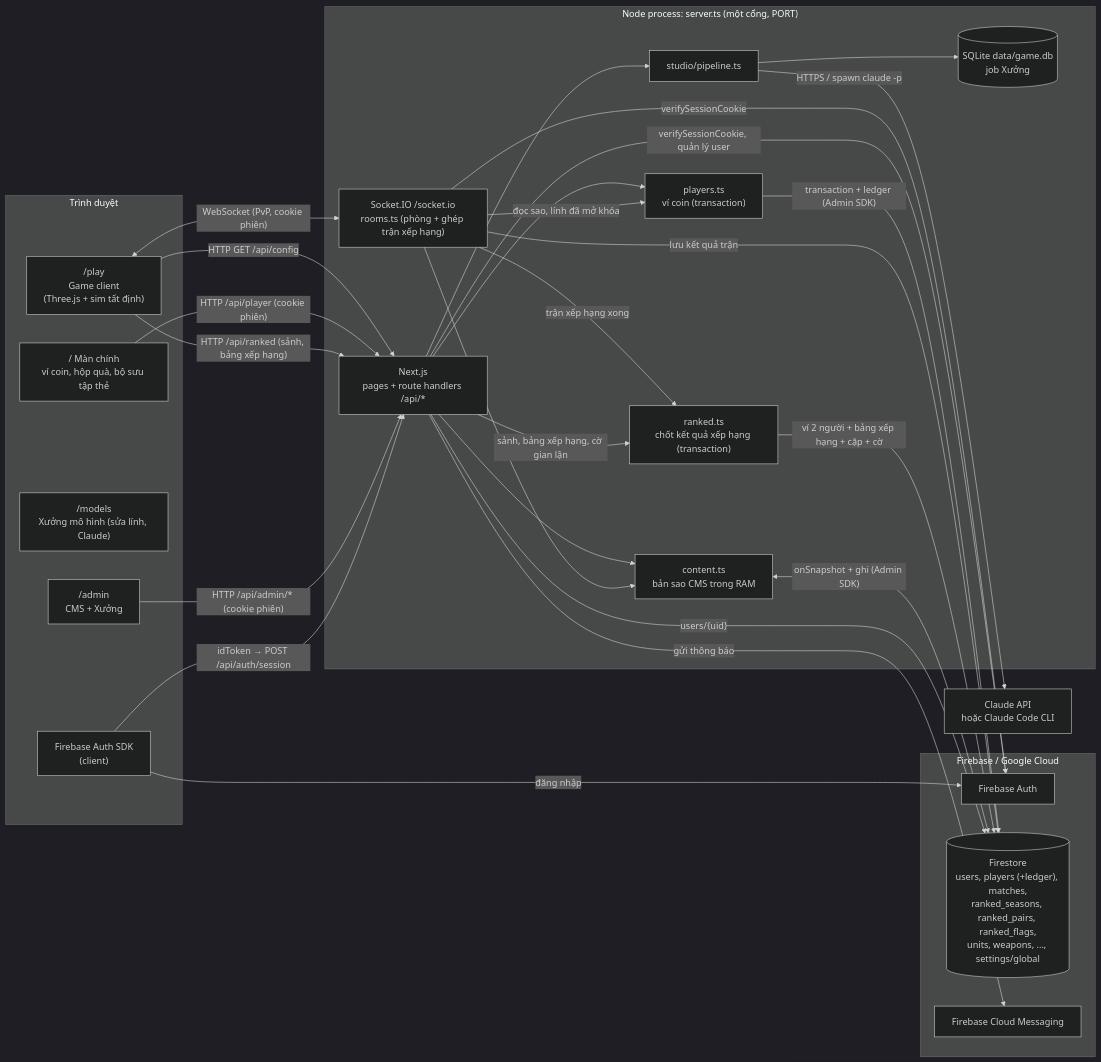
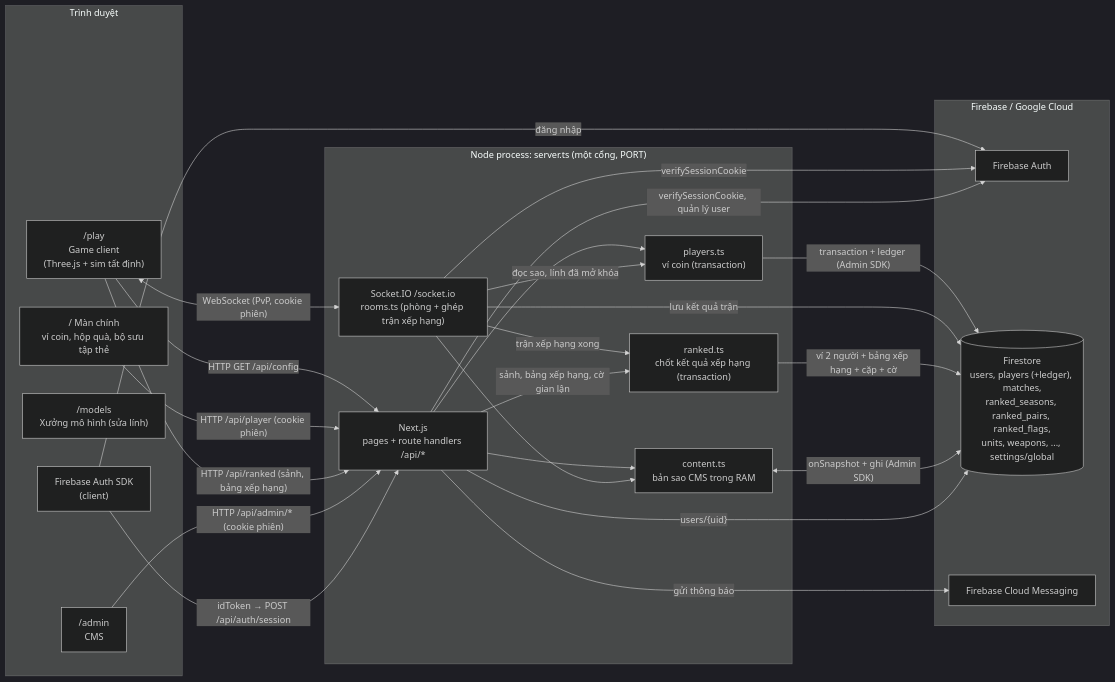
One commit to lualua0909/simulator-battle-webgame changed the first of 13 diagrams in docs/ARCHITECTURE.md. Above: the diagram before and after it, drawn with Mermaid (dark theme). The commit also changed other lines of this file and 127 other files, not shown here.

````diff
--- a/docs/ARCHITECTURE.md
+++ b/docs/ARCHITECTURE.md
@@ -22,54 +22,47 @@
 ```mermaid
 flowchart LR
   subgraph Browser["Trình duyệt"]
     Home["/ Màn chính<br/>ví coin, hộp quà, bộ sưu tập thẻ"]
     Game["/play<br/>Game client<br/>(Three.js + sim tất định)"]
-    Models["/models<br/>Xưởng mô hình (sửa lính, Claude)"]
-    CMS["/admin<br/>CMS + Xưởng"]
+    Models["/models<br/>Xưởng mô hình (sửa lính)"]
+    CMS["/admin<br/>CMS"]
     FBClient["Firebase Auth SDK<br/>(client)"]
   end
 
   subgraph Node["Node process: server.ts (một cổng, PORT)"]
     Next["Next.js<br/>pages + route handlers /api/*"]
     IO["Socket.IO /socket.io<br/>rooms.ts (phòng + ghép trận xếp hạng)"]
     Ranked["ranked.ts<br/>chốt kết quả xếp hạng (transaction)"]
     Content["content.ts<br/>bản sao CMS trong RAM"]
     Players["players.ts<br/>ví coin (transaction)"]
-    Studio["studio/pipeline.ts"]
-    SQLite[("SQLite data/game.db<br/>job Xưởng")]
   end
 
   subgraph Google["Firebase / Google Cloud"]
     FAuth["Firebase Auth"]
     FS[("Firestore<br/>users, players (+ledger), matches,<br/>ranked_seasons, ranked_pairs, ranked_flags,<br/>units, weapons, ..., settings/global")]
     FCM["Firebase Cloud Messaging"]
   end
-
-  Claude["Claude API<br/>hoặc Claude Code CLI"]
 
   Game -- "HTTP GET /api/config" --> Next
   Home -- "HTTP /api/player (cookie phiên)" --> Next
   Game -- "HTTP /api/ranked (sảnh, bảng xếp hạng)" --> Next
   Game <-- "WebSocket (PvP, cookie phiên)" --> IO
   CMS -- "HTTP /api/admin/* (cookie phiên)" --> Next
   FBClient -- "đăng nhập" --> FAuth
   FBClient -- "idToken → POST /api/auth/session" --> Next
 
   Next --> Content
   IO --> Content
   Next --> Players
   IO -- "đọc sao, lính đã mở khóa" --> Players
   Players -- "transaction + ledger (Admin SDK)" --> FS
   IO -- "verifySessionCookie" --> FAuth
   IO -- "lưu kết quả trận" --> FS
   IO -- "trận xếp hạng xong" --> Ranked
   Next -- "sảnh, bảng xếp hạng, cờ gian lận" --> Ranked
   Ranked -- "ví 2 người + bảng xếp hạng + cặp + cờ" --> FS
   Content <-- "onSnapshot + ghi (Admin SDK)" --> FS
   Next -- "verifySessionCookie, quản lý user" --> FAuth
   Next -- "users/{uid}" --> FS
   Next -- "gửi thông báo" --> FCM
-  Next --> Studio
-  Studio --> SQLite
-  Studio -- "HTTPS / spawn claude -p" --> Claude
 ```
````
